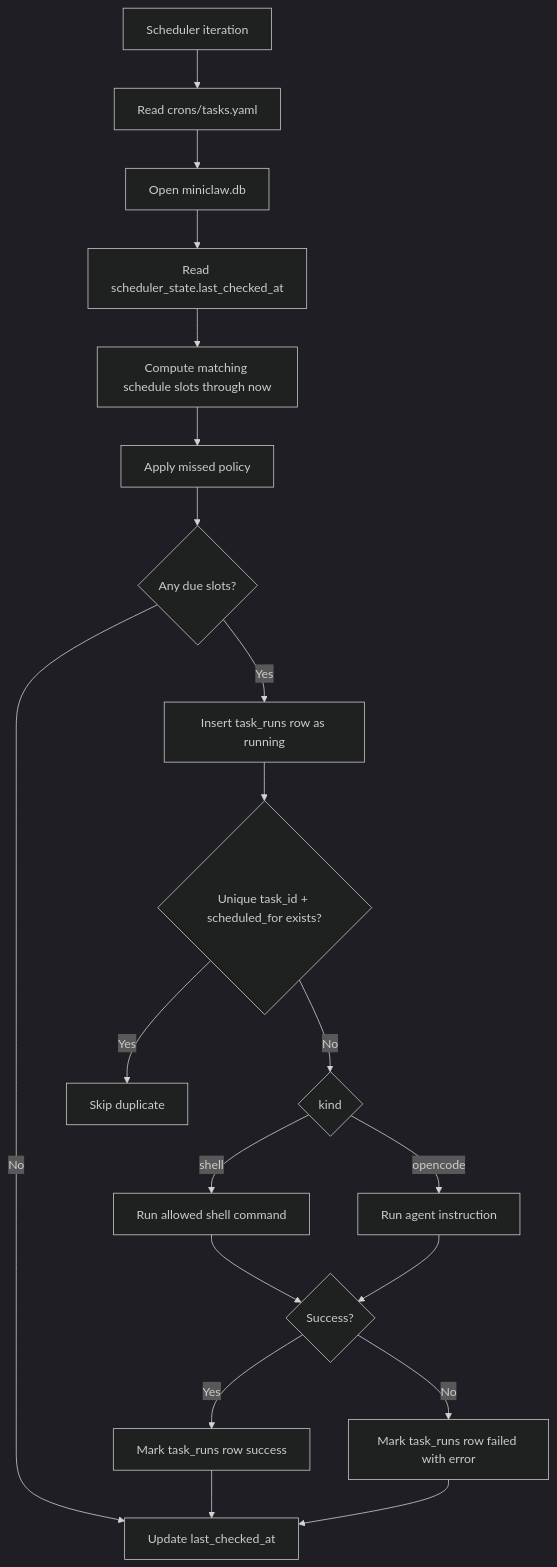
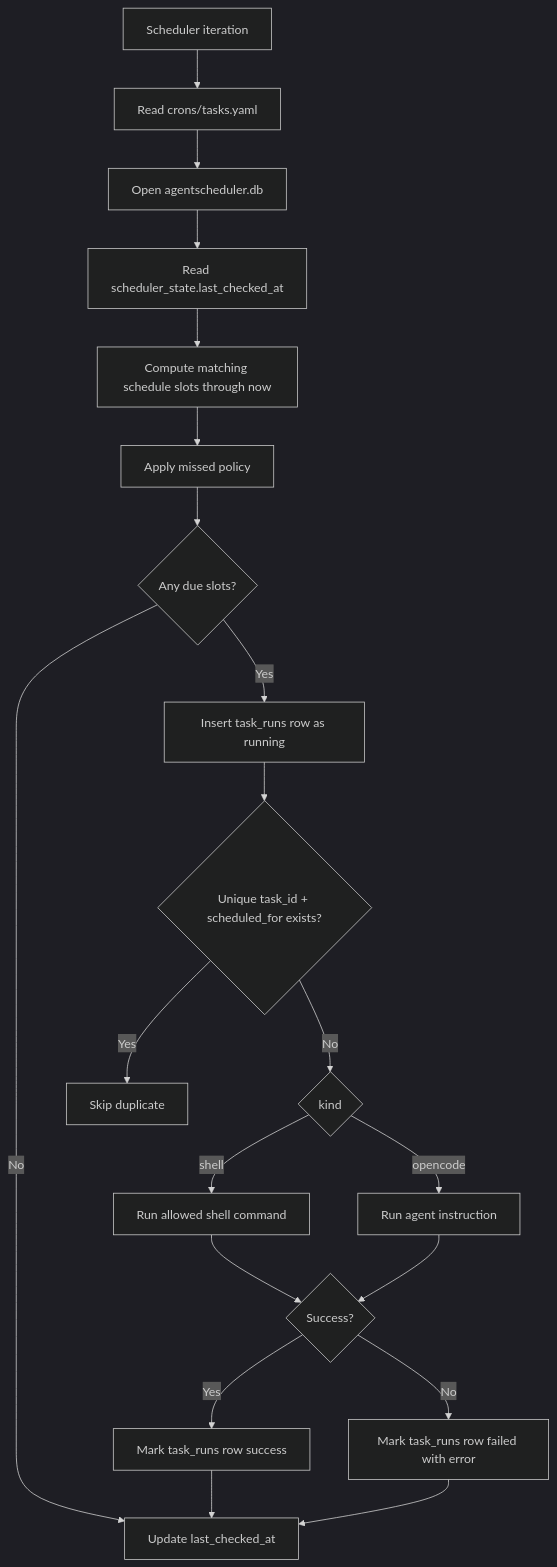
Before and after one commit to vii33/AgentScheduler: the second of 2 diagrams in docs/task-scheduler-architecture.md, drawn with Mermaid (dark theme). The commit also changed other lines of this file and 11 other files, not shown here.

````diff
--- a/docs/task-scheduler-architecture.md
+++ b/docs/task-scheduler-architecture.md
@@ -47,22 +47,22 @@
 ```mermaid
 flowchart TD
     A[Scheduler iteration] --> B[Read crons/tasks.yaml]
-    B --> C[Open miniclaw.db]
+    B --> C[Open agentscheduler.db]
     C --> D[Read scheduler_state.last_checked_at]
     D --> E[Compute matching schedule slots through now]
     E --> F[Apply missed policy]
     F --> G{Any due slots?}
     G -- No --> H[Update last_checked_at]
     G -- Yes --> I[Insert task_runs row as running]
     I --> J{Unique task_id + scheduled_for exists?}
     J -- Yes --> K[Skip duplicate]
     J -- No --> L{kind}
     L -- shell --> M[Run allowed shell command]
     L -- opencode --> N[Run agent instruction]
     M --> O{Success?}
     N --> O
     O -- Yes --> P[Mark task_runs row success]
     O -- No --> Q[Mark task_runs row failed with error]
     P --> H
     Q --> H
 ```
````
